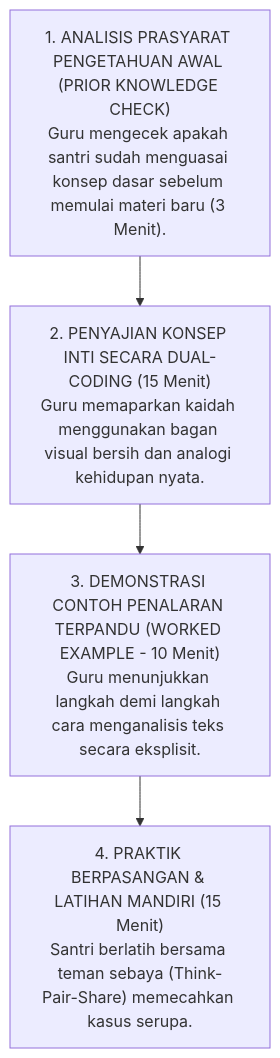
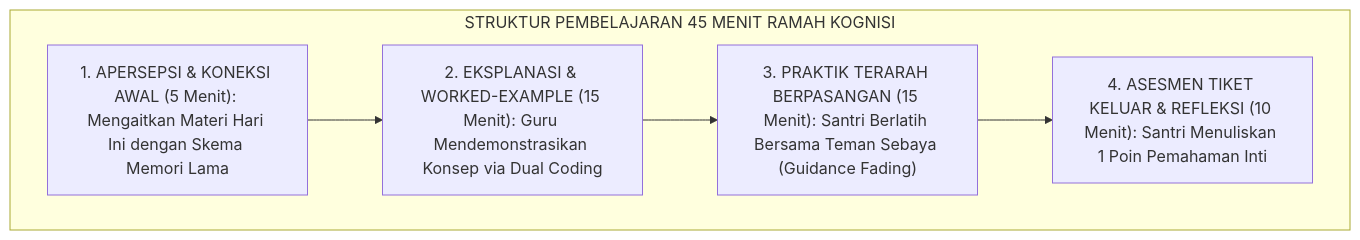
Before and after one commit to wandiapriliyandi/tumbuh: the third of 3 diagrams in 02 Principles/03 Learning Principles/P2-03-01-Prinsip-Kognitif-dan-Manajemen-Beban-Belajar.md, drawn with Mermaid. The commit also changed other lines of this file and 6 other files, not shown here.

````diff
--- a/02 Principles/03 Learning Principles/P2-03-01-Prinsip-Kognitif-dan-Manajemen-Beban-Belajar.md
+++ b/02 Principles/03 Learning Principles/P2-03-01-Prinsip-Kognitif-dan-Manajemen-Beban-Belajar.md
@@ -252,12 +161,9 @@
 ```mermaid
 flowchart TD
-    SOP1["1. ANALISIS PRASYARAT PENGETAHUAN AWAL (PRIOR KNOWLEDGE CHECK)<br/>Guru mengecek apakah santri sudah menguasai konsep dasar sebelum memulai materi baru (3 Menit)."]
-    
-    SOP2["2. PENYAJIAN KONSEP INTI SECARA DUAL-CODING (15 Menit)<br/>Guru memaparkan kaidah menggunakan bagan visual bersih dan analogi kehidupan nyata."]
-    
-    SOP3["3. DEMONSTRASI CONTOH PENALARAN TERPANDU (WORKED EXAMPLE - 10 Menit)<br/>Guru menunjukkan langkah demi langkah cara menganalisis teks secara eksplisit."]
-    
-    SOP4["4. PRAKTIK BERPASANGAN & LATIHAN MANDIRI (15 Menit)<br/>Santri berlatih bersama teman sebaya (Think-Pair-Share) memecahkan kasus serupa."]
-    
-    SOP1 --> SOP2 --> SOP3 --> SOP4
+    subgraph SOPStrukturPembelajaran["STRUKTUR PEMBELAJARAN 45 MENIT RAMAH KOGNISI"]
+        Apersepsi["1. APERSEPSI & KONEKSI AWAL (5 Menit): Mengaitkan Materi Hari Ini dengan Skema Memori Lama"]
+        --> EksplanasiModel["2. EKSPLANASI & WORKED-EXAMPLE (15 Menit): Guru Mendemonstrasikan Konsep via Dual Coding"]
+        --> PraktikTerarah["3. PRAKTIK TERARAH BERPASANGAN (15 Menit): Santri Berlatih Bersama Teman Sebaya (Guidance Fading)"]
+        --> RefleksiFormatif["4. ASESMEN TIKET KELUAR & REFLEKSI (10 Menit): Santri Menuliskan 1 Poin Pemahaman Inti"]
+    end
 ```
````
